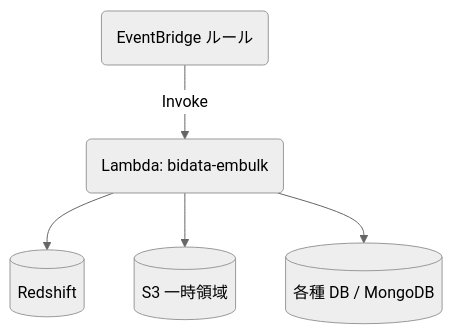
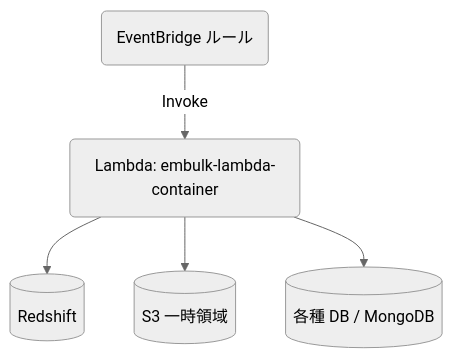
The diagram in article.md (konan0802/bidata-embulk), drawn with Mermaid (neutral theme) before and after one commit. The commit also changed other lines of this file, not shown here.

First line of the commit message:
fix: リポジトリ名をembulk-lambda-containerに統一

````diff
--- a/article.md
+++ b/article.md
@@ -50,7 +50,7 @@
 ```mermaid
 flowchart TD
-  EB(EventBridge ルール) -->|Invoke| L(Lambda: bidata-embulk)
+  EB(EventBridge ルール) -->|Invoke| L(Lambda: embulk-lambda-container)
   L --> RS[(Redshift)]
   L --> S3[(S3  一時領域)]
   L --> DB[(各種 DB / MongoDB)]
 ```
````
